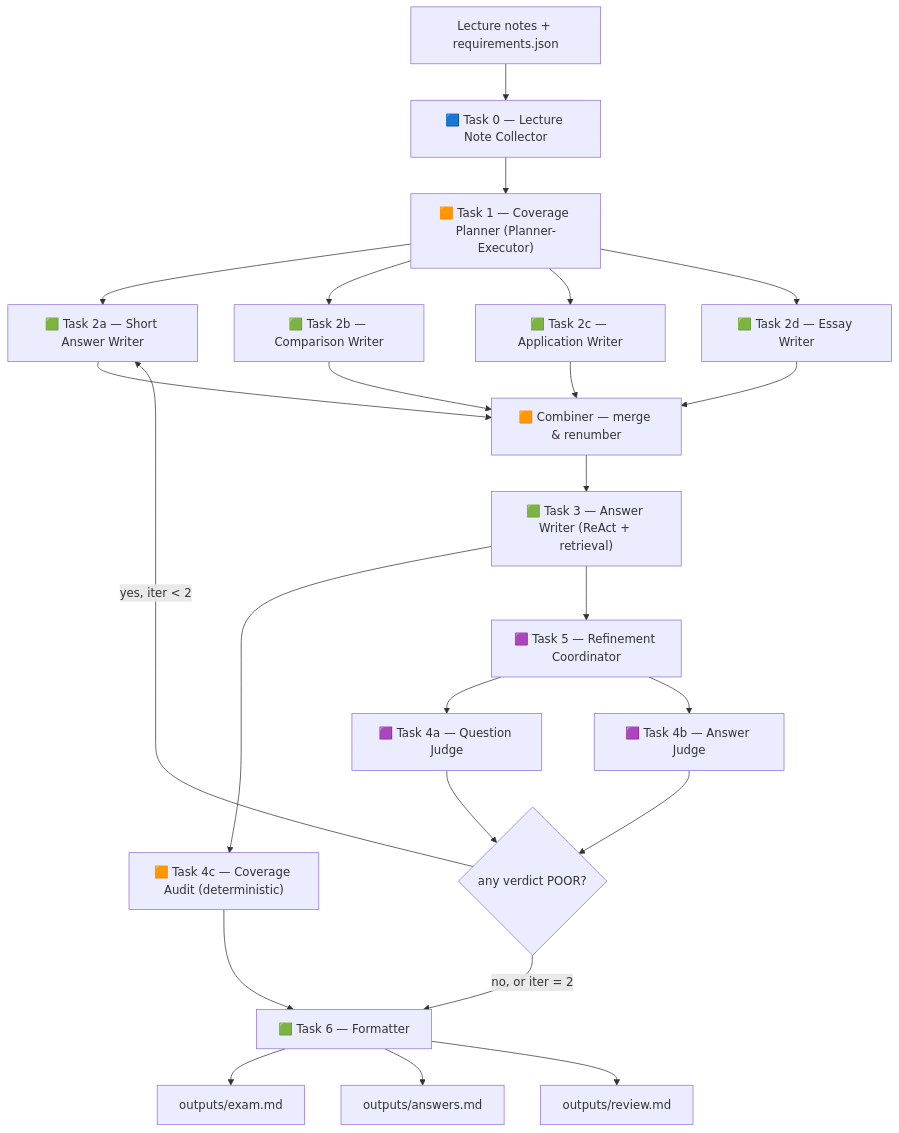
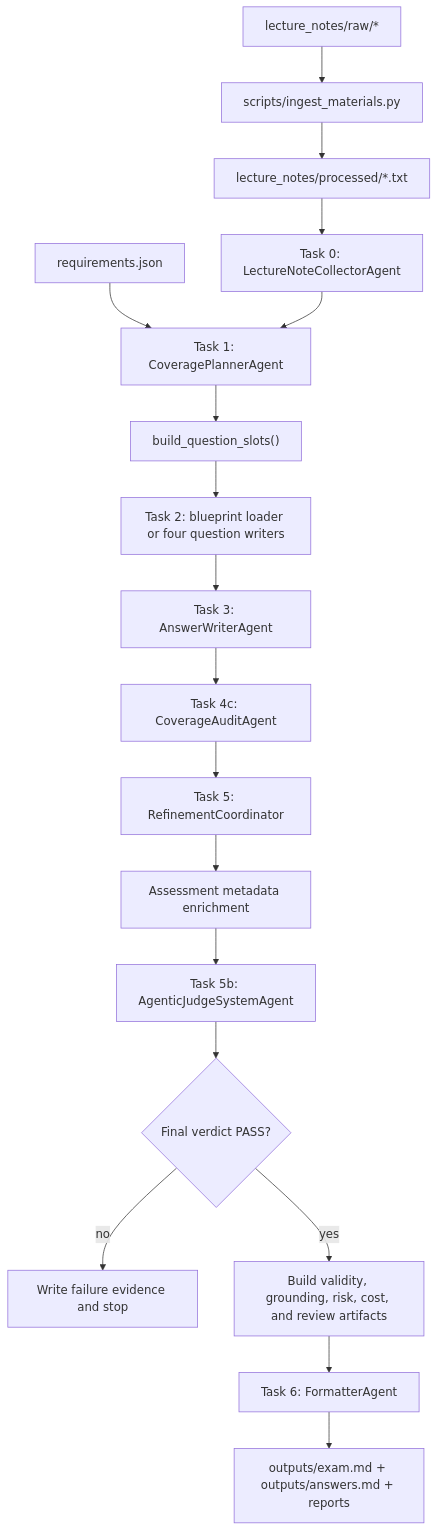
The diagram in exam-agent-project/docs/architecture.md (yunseo-lee-0527/exam-agent-project), drawn with Mermaid before and after one commit. The commit also changed other lines of this file and 3 other files, not shown here.

Commit message:
docs: update project architecture documentation

````diff
--- a/exam-agent-project/docs/architecture.md
+++ b/exam-agent-project/docs/architecture.md
@@ -33,31 +47,20 @@
 ```mermaid
 flowchart TD
-    INPUT["Lecture notes + requirements.json"] --> T0["🟦 Task 0 — Lecture Note Collector"]
-    T0 --> T1["🟧 Task 1 — Coverage Planner (Planner-Executor)"]
-
-    T1 --> T2A["🟩 Task 2a — Short Answer Writer"]
-    T1 --> T2B["🟩 Task 2b — Comparison Writer"]
-    T1 --> T2C["🟩 Task 2c — Application Writer"]
-    T1 --> T2D["🟩 Task 2d — Essay Writer"]
-
-    T2A --> COMBINE["🟧 Combiner — merge & renumber"]
-    T2B --> COMBINE
-    T2C --> COMBINE
-    T2D --> COMBINE
-
-    COMBINE --> T3["🟩 Task 3 — Answer Writer (ReAct + retrieval)"]
-    T3 --> T4C["🟧 Task 4c — Coverage Audit (deterministic)"]
-    T3 --> T5["🟪 Task 5 — Refinement Coordinator"]
-
-    T5 --> T4A["🟪 Task 4a — Question Judge"]
-    T5 --> T4B["🟪 Task 4b — Answer Judge"]
-    T4A --> LOOP{any verdict POOR?}
-    T4B --> LOOP
-    LOOP -- yes, iter < 2 --> T2A
-    LOOP -- no, or iter = 2 --> T6["🟩 Task 6 — Formatter"]
-    T4C --> T6
-
-    T6 --> EXAM["outputs/exam.md"]
-    T6 --> ANS["outputs/answers.md"]
-    T6 --> REV["outputs/review.md"]
+    RAW["lecture_notes/raw/*"] --> INGEST["scripts/ingest_materials.py"]
+    INGEST --> PROCESSED["lecture_notes/processed/*.txt"]
+    PROCESSED --> T0["Task 0: LectureNoteCollectorAgent"]
+    REQ["requirements.json"] --> T1["Task 1: CoveragePlannerAgent"]
+    T0 --> T1
+    T1 --> SLOTS["build_question_slots()"]
+    SLOTS --> T2["Task 2: blueprint loader or four question writers"]
+    T2 --> T3["Task 3: AnswerWriterAgent"]
+    T3 --> T4C["Task 4c: CoverageAuditAgent"]
+    T4C --> T5["Task 5: RefinementCoordinator"]
+    T5 --> META["Assessment metadata enrichment"]
+    META --> T5B["Task 5b: AgenticJudgeSystemAgent"]
+    T5B --> GATE{"Final verdict PASS?"}
+    GATE -- "no" --> FAIL["Write failure evidence and stop"]
+    GATE -- "yes" --> REPORTS["Build validity, grounding, risk, cost, and review artifacts"]
+    REPORTS --> T6["Task 6: FormatterAgent"]
+    T6 --> OUTPUTS["outputs/exam.md + outputs/answers.md + reports"]
 ```
````
